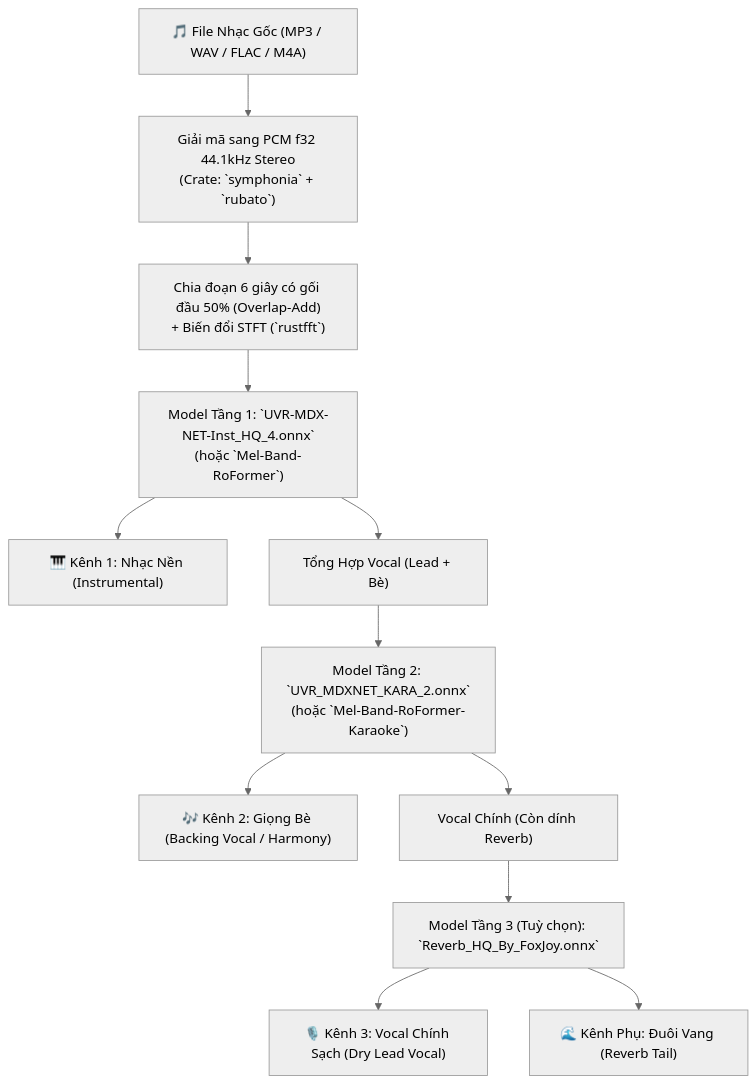
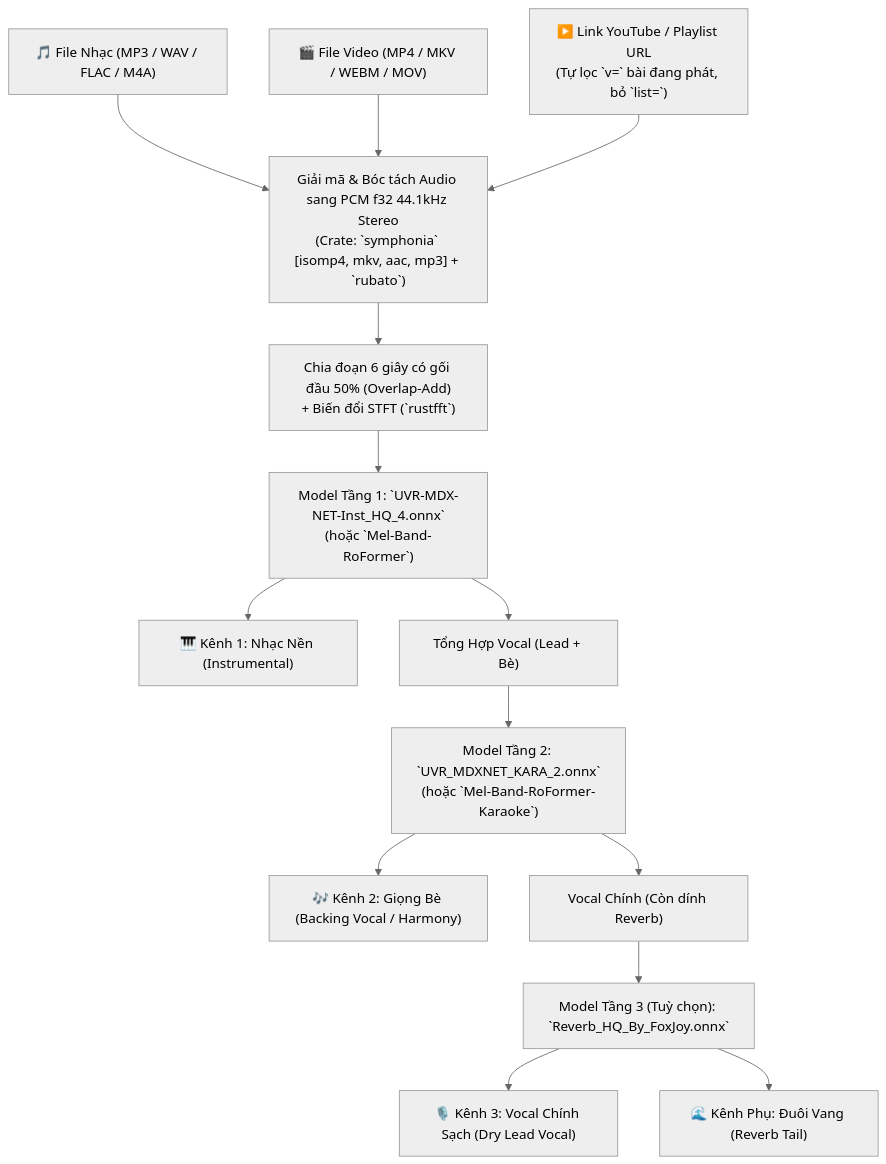
The first of 2 diagrams in docs/IMPLEMENTATION_PLAN.md (NDCLI/music-studio-ai), drawn with Mermaid (neutral theme) before and after one commit. The commit also changed other lines of this file and 9 other files, not shown here.

Commit message:
feat(input): add direct YouTube single-track playlist filter and MP4/MKV/WEBM video audio demuxing

````diff
--- a/docs/IMPLEMENTATION_PLAN.md
+++ b/docs/IMPLEMENTATION_PLAN.md
@@ -63,17 +69,19 @@
 ```mermaid
 flowchart TD
-    Raw["🎵 File Nhạc Gốc (MP3 / WAV / FLAC / M4A)"] --> Decode["Giải mã sang PCM f32 44.1kHz Stereo<br/>(Crate: `symphonia` + `rubato`)"]
+    InAudio["🎵 File Nhạc (MP3 / WAV / FLAC / M4A)"] --> Decode["Giải mã & Bóc tách Audio sang PCM f32 44.1kHz Stereo<br/>(Crate: `symphonia` [isomp4, mkv, aac, mp3] + `rubato`)"]
+    InVideo["🎬 File Video (MP4 / MKV / WEBM / MOV)"] --> Decode
+    InYT["▶️ Link YouTube / Playlist URL<br/>(Tự lọc `v=` bài đang phát, bỏ `list=`)"] --> Decode
     Decode --> Chunk["Chia đoạn 6 giây có gối đầu 50% (Overlap-Add)<br/>+ Biến đổi STFT (`rustfft`)"]
     
     Chunk --> M1["Model Tầng 1: `UVR-MDX-NET-Inst_HQ_4.onnx`<br/>(hoặc `Mel-Band-RoFormer`)"]
     M1 --> StemInst["🎹 Kênh 1: Nhạc Nền (Instrumental)"]
     M1 --> TempVoc["Tổng Hợp Vocal (Lead + Bè)"]
 
     TempVoc --> M2["Model Tầng 2: `UVR_MDXNET_KARA_2.onnx`<br/>(hoặc `Mel-Band-RoFormer-Karaoke`)"]
     M2 --> StemBack["🎶 Kênh 2: Giọng Bè (Backing Vocal / Harmony)"]
     M2 --> TempLead["Vocal Chính (Còn dính Reverb)"]
 
     TempLead --> M3["Model Tầng 3 (Tuỳ chọn): `Reverb_HQ_By_FoxJoy.onnx`"]
     M3 --> StemLead["🎙️ Kênh 3: Vocal Chính Sạch (Dry Lead Vocal)"]
     M3 --> StemRev["🌊 Kênh Phụ: Đuôi Vang (Reverb Tail)"]
 ```
````
